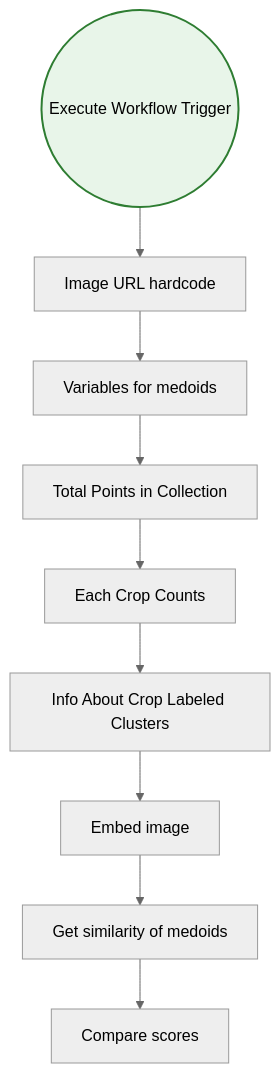
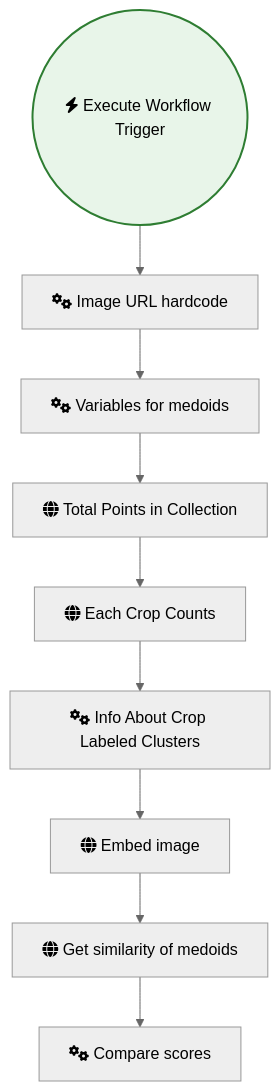
Before and after one commit to sreyash3105/N8N-DEMO-AUTOMATIONS: the diagram in AI_Research_RAG_and_Data_Analysis/3 3 Anomaly Detection Tool Crops Dataset 1.md, drawn with Mermaid (neutral theme). The commit also changed 291 other files, not shown here.

````diff
--- a/AI_Research_RAG_and_Data_Analysis/3 3 Anomaly Detection Tool Crops Dataset 1.md
+++ b/AI_Research_RAG_and_Data_Analysis/3 3 Anomaly Detection Tool Crops Dataset 1.md
@@ -1,25 +1,25 @@
 ```mermaid
 graph TD
     classDef trigger fill:#e8f5e9,stroke:#2e7d32,stroke-width:2px;
     classDef ai fill:#e3f2fd,stroke:#1565c0,stroke-width:2px;
     classDef logic fill:#fff3e0,stroke:#ef6c00,stroke-width:2px;
 
-    Embed_image["Embed image"]
-    Get_similarity_of_medoids["Get similarity of medoids"]
-    Compare_scores["Compare scores"]
-    Variables_for_medoids["Variables for medoids"]
-    Info_About_Crop_Labeled_Clusters["Info About Crop Labeled Clusters"]
-    Total_Points_in_Collection["Total Points in Collection"]
-    Each_Crop_Counts["Each Crop Counts"]
-    Image_URL_hardcode["Image URL hardcode"]
-    Execute_Workflow_Trigger(("Execute Workflow Trigger")):::trigger
+    Embed_image["fas:fa-globe Embed image"]
+    Get_similarity_of_medoids["fas:fa-globe Get similarity of medoids"]
+    Compare_scores["fas:fa-cogs Compare scores"]
+    Variables_for_medoids["fas:fa-cogs Variables for medoids"]
+    Info_About_Crop_Labeled_Clusters["fas:fa-cogs Info About Crop Labeled Clusters"]
+    Total_Points_in_Collection["fas:fa-globe Total Points in Collection"]
+    Each_Crop_Counts["fas:fa-globe Each Crop Counts"]
+    Image_URL_hardcode["fas:fa-cogs Image URL hardcode"]
+    Execute_Workflow_Trigger(("fas:fa-bolt Execute Workflow Trigger")):::trigger
 
     Embed_image --> Get_similarity_of_medoids
     Each_Crop_Counts --> Info_About_Crop_Labeled_Clusters
     Image_URL_hardcode --> Variables_for_medoids
     Variables_for_medoids --> Total_Points_in_Collection
     Execute_Workflow_Trigger --> Image_URL_hardcode
     Get_similarity_of_medoids --> Compare_scores
     Total_Points_in_Collection --> Each_Crop_Counts
     Info_About_Crop_Labeled_Clusters --> Embed_image
 ```
````
